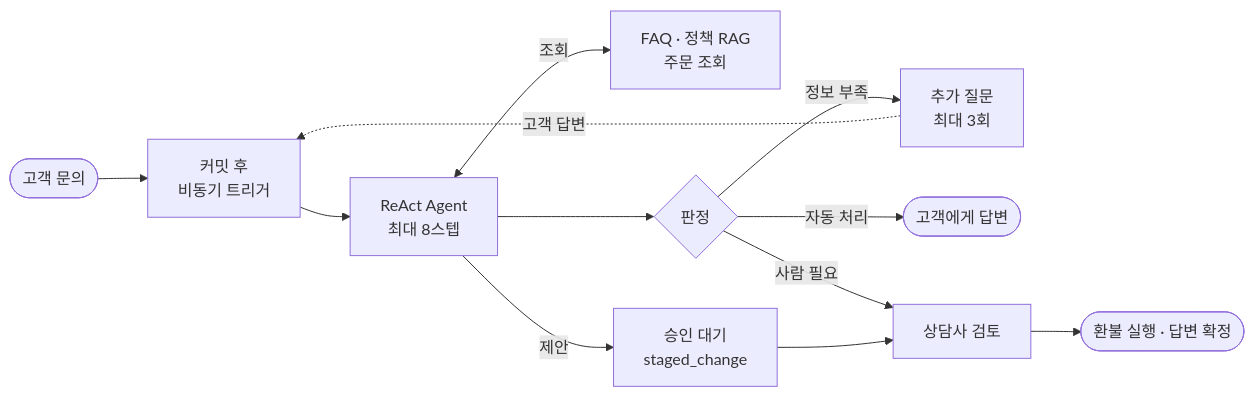
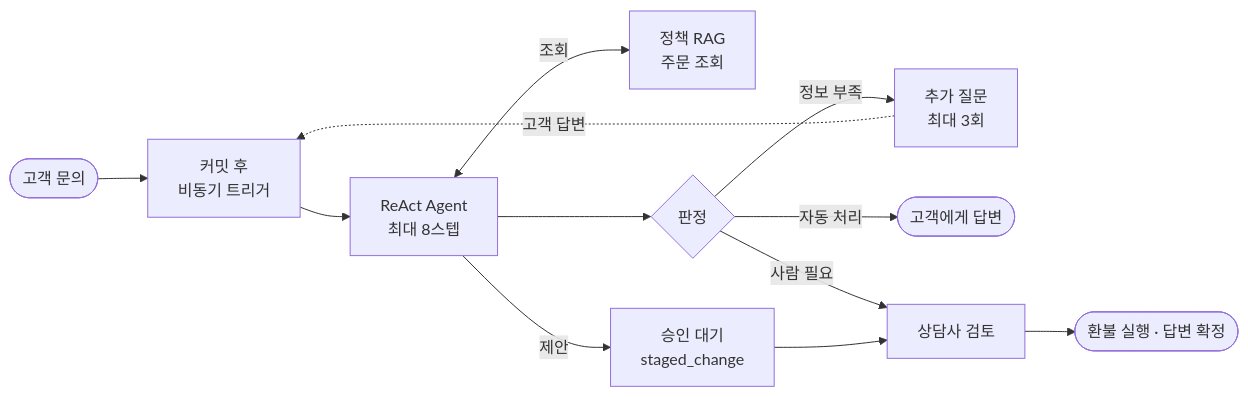
Before and after one commit to hanbonghun/ai-cs-assistant: the first of 4 diagrams in README.md, drawn with Mermaid. The commit also changed other lines of this file and 13 other files, not shown here.

````diff
--- a/README.md
+++ b/README.md
@@ -55,17 +55,17 @@
 ```mermaid
 flowchart LR
     Q(["고객 문의"]) --> EV["커밋 후<br/>비동기 트리거"]
     EV --> AG["ReAct Agent<br/>최대 8스텝"]
 
-    AG <-->|조회| TOOLS["FAQ · 정책 RAG<br/>주문 조회"]
+    AG <-->|조회| TOOLS["정책 RAG<br/>주문 조회"]
     AG -->|제안| GATE["승인 대기<br/>staged_change"]
 
     AG --> D{"판정"}
     D -->|정보 부족| FU["추가 질문<br/>최대 3회"]
     FU -.->|고객 답변| EV
     D -->|자동 처리| ANS(["고객에게 답변"])
     D -->|사람 필요| CS["상담사 검토"]
 
     GATE --> CS
     CS --> EXEC(["환불 실행 · 답변 확정"])
 ```
````
